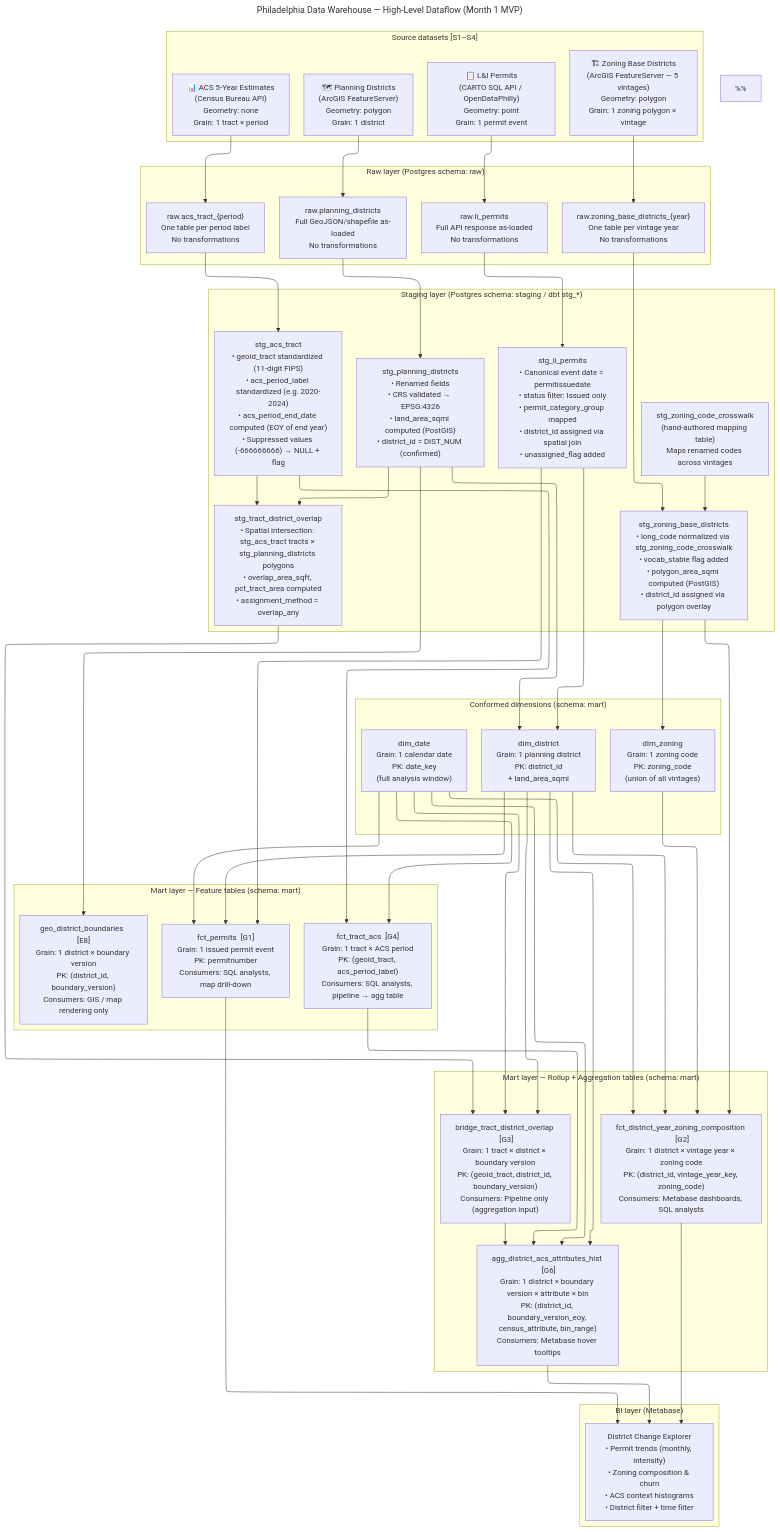
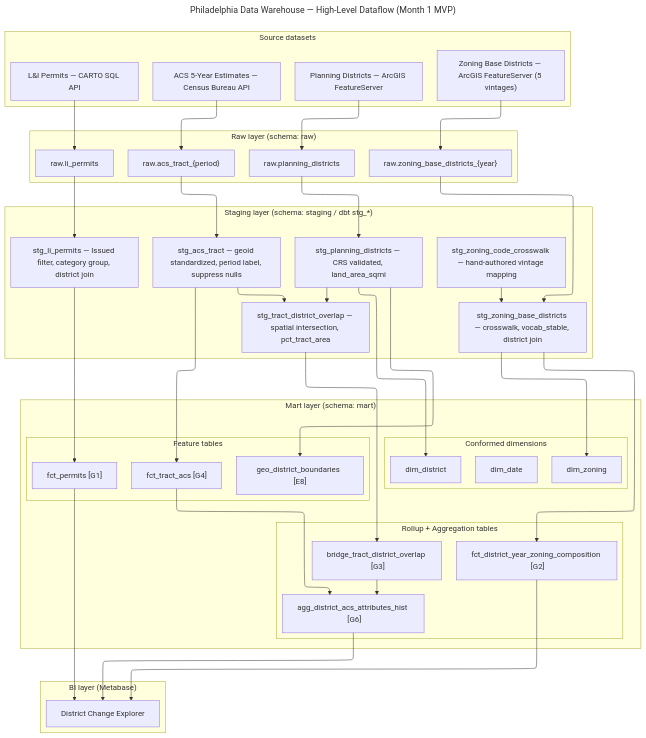
Before and after one commit to faridbalouch12-dotcom/Philadelphia-LandUse-Analytics: the diagram in docs/diagrams/dataflow.mmd, drawn with Mermaid.

Commit message:
Fix dataflow diagram

```diff
--- a/docs/diagrams/dataflow.mmd
+++ b/docs/diagrams/dataflow.mmd
@@ -1,115 +1,96 @@
 ---
 config:
   layout: elk
 title: Philadelphia Data Warehouse — High-Level Dataflow (Month 1 MVP)
 ---
 flowchart TD
 
     %% ── Source datasets ──────────────────────────────────────────────
-    subgraph SOURCES["Source datasets [S1–S4]"]
-        direction TB
-        SRC1["🗺 Planning Districts\n(ArcGIS FeatureServer)\nGeometry: polygon\nGrain: 1 district"]
-        SRC2["📋 L&I Permits\n(CARTO SQL API / OpenDataPhilly)\nGeometry: point\nGrain: 1 permit event"]
-        SRC3["🏗 Zoning Base Districts\n(ArcGIS FeatureServer — 5 vintages)\nGeometry: polygon\nGrain: 1 zoning polygon × vintage"]
-        SRC4["📊 ACS 5-Year Estimates\n(Census Bureau API)\nGeometry: none\nGrain: 1 tract × period"]
+    subgraph SOURCES["Source datasets"]
+        SRC1["Planning Districts — ArcGIS FeatureServer"]
+        SRC2["L&I Permits — CARTO SQL API"]
+        SRC3["Zoning Base Districts — ArcGIS FeatureServer (5 vintages)"]
+        SRC4["ACS 5-Year Estimates — Census Bureau API"]
     end
 
     %% ── Raw layer ────────────────────────────────────────────────────
-    subgraph RAW["Raw layer  (Postgres schema: raw)"]
-        direction TB
-        R1["raw.planning_districts\nFull GeoJSON/shapefile as-loaded\nNo transformations"]
-        R2["raw.li_permits\nFull API response as-loaded\nNo transformations"]
-        R3["raw.zoning_base_districts_{year}\nOne table per vintage year\nNo transformations"]
-        R4["raw.acs_tract_{period}\nOne table per period label\nNo transformations"]
+    subgraph RAW["Raw layer  (schema: raw)"]
+        RAW_DISTRICTS["raw.planning_districts"]
+        RAW_PERMITS["raw.li_permits"]
+        RAW_ZONING["raw.zoning_base_districts_{year}"]
+        RAW_ACS["raw.acs_tract_{period}"]
     end
 
     %% ── Staging layer ────────────────────────────────────────────────
-    subgraph STAGING["Staging layer  (Postgres schema: staging / dbt stg_*)"]
-        direction TB
-        STG1["stg_planning_districts\n• Renamed fields\n• CRS validated → EPSG:4326\n• land_area_sqmi computed (PostGIS)\n• district_id = DIST_NUM (confirmed)"]
-        STG2["stg_li_permits\n• Canonical event date = permitissuedate\n• status filter: Issued only\n• permit_category_group mapped\n• district_id assigned via spatial join\n• unassigned_flag added"]
-        STG3["stg_zoning_base_districts\n• long_code normalized via stg_zoning_code_crosswalk\n• vocab_stable flag added\n• polygon_area_sqmi computed (PostGIS)\n• district_id assigned via polygon overlay"]
-        STG4["stg_acs_tract\n• geoid_tract standardized (11-digit FIPS)\n• acs_period_label standardized (e.g. 2020-2024)\n• acs_period_end_date computed (EOY of end year)\n• Suppressed values (-666666666) → NULL + flag"]
-        XWALK["stg_zoning_code_crosswalk\n(hand-authored mapping table)\nMaps renamed codes across vintages"]
-        BRIDGE_STG["stg_tract_district_overlap\n• Spatial intersection: stg_acs_tract tracts × stg_planning_districts polygons\n• overlap_area_sqft, pct_tract_area computed\n• assignment_method = overlap_any"]
+    subgraph STAGING["Staging layer  (schema: staging / dbt stg_*)"]
+        STG_DISTRICTS["stg_planning_districts — CRS validated, land_area_sqmi"]
+        STG_PERMITS["stg_li_permits — Issued filter, category group, district join"]
+        STG_ZONING["stg_zoning_base_districts — crosswalk, vocab_stable, district join"]
+        STG_ACS["stg_acs_tract — geoid standardized, period label, suppress nulls"]
+        STG_XWALK["stg_zoning_code_crosswalk — hand-authored vintage mapping"]
+        STG_BRIDGE["stg_tract_district_overlap — spatial intersection, pct_tract_area"]
     end
 
-    %% ── Mart layer (feature tables) ──────────────────────────────────
-    subgraph MART_FEATURE["Mart layer — Feature tables  (schema: mart)"]
-        direction TB
-        F1["fct_permits  [G1]\nGrain: 1 issued permit event\nPK: permitnumber\nConsumers: SQL analysts, map drill-down"]
-        F2["fct_tract_acs  [G4]\nGrain: 1 tract × ACS period\nPK: (geoid_tract, acs_period_label)\nConsumers: SQL analysts, pipeline → agg table"]
-        F3["geo_district_boundaries  [E8]\nGrain: 1 district × boundary version\nPK: (district_id, boundary_version)\nConsumers: GIS / map rendering only"]
-    end
+    %% ── Mart layer ───────────────────────────────────────────────────
+    subgraph MART["Mart layer  (schema: mart)"]
 
-    %% ── Mart layer (rollup/agg tables) ───────────────────────────────
-    subgraph MART_ROLLUP["Mart layer — Rollup + Aggregation tables  (schema: mart)"]
-        direction TB
-        R5["fct_district_year_zoning_composition  [G2]\nGrain: 1 district × vintage year × zoning code\nPK: (district_id, vintage_year_key, zoning_code)\nConsumers: Metabase dashboards, SQL analysts"]
-        R6["agg_district_acs_attributes_hist  [G6]\nGrain: 1 district × boundary version × attribute × bin\nPK: (district_id, boundary_version_eoy, census_attribute, bin_range)\nConsumers: Metabase hover tooltips"]
-        BRIDGE["bridge_tract_district_overlap  [G3]\nGrain: 1 tract × district × boundary version\nPK: (geoid_tract, district_id, boundary_version)\nConsumers: Pipeline only (aggregation input)"]
-    end
+        subgraph MART_DIMS["Conformed dimensions"]
+            DIM_DISTRICT["dim_district"]
+            DIM_DATE["dim_date"]
+            DIM_ZONING["dim_zoning"]
+        end
 
-    %% ── Conformed dimensions ─────────────────────────────────────────
-    subgraph DIMS["Conformed dimensions  (schema: mart)"]
-        direction TB
-        D1["dim_district\nGrain: 1 planning district\nPK: district_id\n+ land_area_sqmi"]
-        D2["dim_date\nGrain: 1 calendar date\nPK: date_key\n(full analysis window)"]
-        D3["dim_zoning\nGrain: 1 zoning code\nPK: zoning_code\n(union of all vintages)"]
+        subgraph MART_FEATURE["Feature tables"]
+            FCT_PERMITS["fct_permits  [G1]"]
+            FCT_ACS["fct_tract_acs  [G4]"]
+            GEO_BOUNDS["geo_district_boundaries  [E8]"]
+        end
+
+        subgraph MART_ROLLUP["Rollup + Aggregation tables"]
+            FCT_ZONING["fct_district_year_zoning_composition  [G2]"]
+            MART_BRIDGE["bridge_tract_district_overlap  [G3]"]
+            AGG_ACS["agg_district_acs_attributes_hist  [G6]"]
+        end
     end
 
     %% ── BI layer ─────────────────────────────────────────────────────
     subgraph BI["BI layer  (Metabase)"]
-        direction TB
-        DB1["District Change Explorer\n• Permit trends (monthly, intensity)\n• Zoning composition & churn\n• ACS context histograms\n• District filter + time filter"]
+        DB1["District Change Explorer"]
     end
 
     %% ── Data flows ───────────────────────────────────────────────────
-    SRC1 --> R1
-    SRC2 --> R2
-    SRC3 --> R3
-    SRC4 --> R4
 
-    R1 --> STG1
-    R2 --> STG2
-    R3 --> STG3
-    R4 --> STG4
-    XWALK --> STG3
-    STG1 --> BRIDGE_STG
-    STG4 --> BRIDGE_STG
+    SRC1 --> RAW_DISTRICTS
+    SRC2 --> RAW_PERMITS
+    SRC3 --> RAW_ZONING
+    SRC4 --> RAW_ACS
 
-    STG1 --> D1
-    STG1 --> F3
-    STG2 --> F1
-    STG2 --> D1
-    STG3 --> R5
-    STG3 --> D3
-    STG4 --> F2
-    BRIDGE_STG --> BRIDGE
+    RAW_DISTRICTS --> STG_DISTRICTS
+    RAW_PERMITS   --> STG_PERMITS
+    RAW_ZONING    --> STG_ZONING
+    RAW_ACS       --> STG_ACS
+    STG_XWALK     --> STG_ZONING
+    STG_DISTRICTS --> STG_BRIDGE
+    STG_ACS       --> STG_BRIDGE
 
-    F2 --> R6
-    BRIDGE --> R6
+    STG_DISTRICTS --> DIM_DISTRICT
+    STG_ZONING    --> DIM_ZONING
 
-    D1 --> F1
-    D1 --> R5
-    D1 --> BRIDGE
-    D1 --> R6
-    D2 --> F1
-    D2 --> R5
-    D2 --> F2
-    D2 --> BRIDGE
-    D2 --> R6
-    D3 --> R5
+    STG_DISTRICTS --> GEO_BOUNDS
+    STG_PERMITS   --> FCT_PERMITS
+    STG_ACS       --> FCT_ACS
 
-    R5 --> DB1
-    R6 --> DB1
-    F1 --> DB1
+    STG_ZONING  --> FCT_ZONING
+    STG_BRIDGE  --> MART_BRIDGE
 
-    %% ── Layer annotations ─────────────────────────────────────────────
-    %% Feature vs rollup separation:
-    %%   Feature: fct_permits, fct_tract_acs, geo_district_boundaries
-    %%   Rollup:  fct_district_year_zoning_composition, agg_district_acs_attributes_hist
-    %%   Bridge:  bridge_tract_district_overlap (pipeline infrastructure, not BI-facing)
-    %%
+    FCT_ACS     --> AGG_ACS
+    MART_BRIDGE --> AGG_ACS
+
+    FCT_PERMITS --> DB1
+    FCT_ZONING  --> DB1
+    AGG_ACS     --> DB1
+
+    %% ── Notes ─────────────────────────────────────────────────────────
+    %% Join relationships (FK/PK) are in erd.mmd — not shown here.
     %% Grain labels: G1–G6 reference grain_spec.md
-    %% Sources: docs/modeling/grain_spec.md, docs/modeling/table_inventory.md, docs/modeling/erd_text_draft.md
+    %% Feature vs rollup separation: see feature_vs_rollup_policy.md
```
